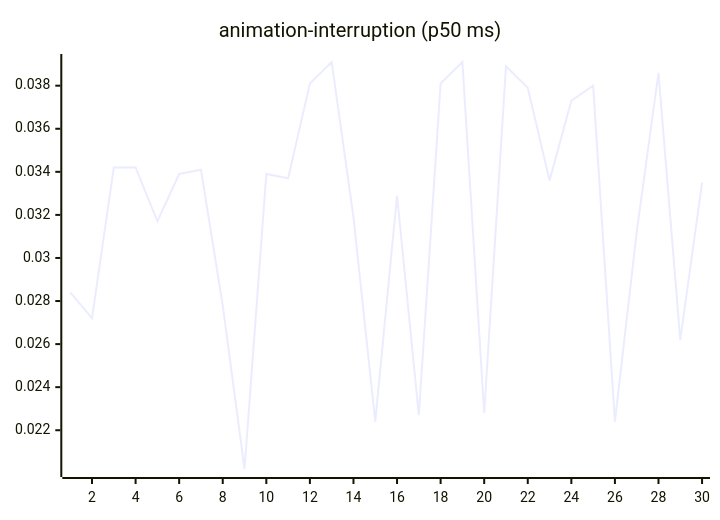
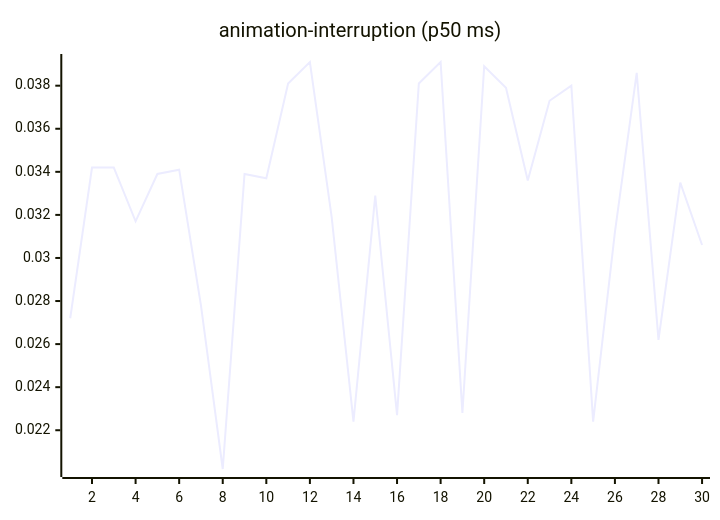
Before and after one commit to josha/Facet: the third of 27 diagrams in README.md, drawn with Mermaid. The commit also changed other lines of this file and 2 other files, not shown here.

````diff
--- a/README.md
+++ b/README.md
@@ -77,6 +77,6 @@
 ```mermaid
 xychart-beta
     title "animation-interruption (p50 ms)"
     x-axis 1 --> 30
-    line [0.0284, 0.0272, 0.0342, 0.0342, 0.0317, 0.0339, 0.0341, 0.0278, 0.0202, 0.0339, 0.0337, 0.0381, 0.0391, 0.0319, 0.0224, 0.0329, 0.0227, 0.0381, 0.0391, 0.0228, 0.0389, 0.0379, 0.0336, 0.0373, 0.0380, 0.0224, 0.0312, 0.0386, 0.0262, 0.0335]
+    line [0.0272, 0.0342, 0.0342, 0.0317, 0.0339, 0.0341, 0.0278, 0.0202, 0.0339, 0.0337, 0.0381, 0.0391, 0.0319, 0.0224, 0.0329, 0.0227, 0.0381, 0.0391, 0.0228, 0.0389, 0.0379, 0.0336, 0.0373, 0.0380, 0.0224, 0.0312, 0.0386, 0.0262, 0.0335, 0.0306]
 ```
````
